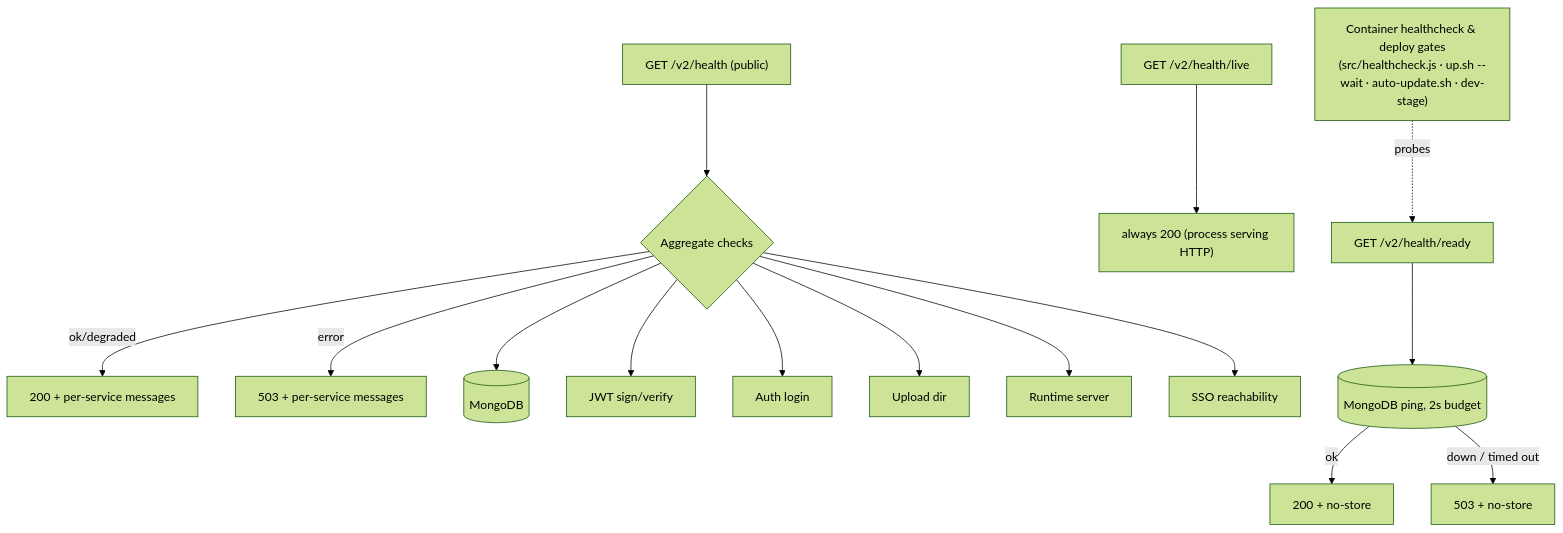
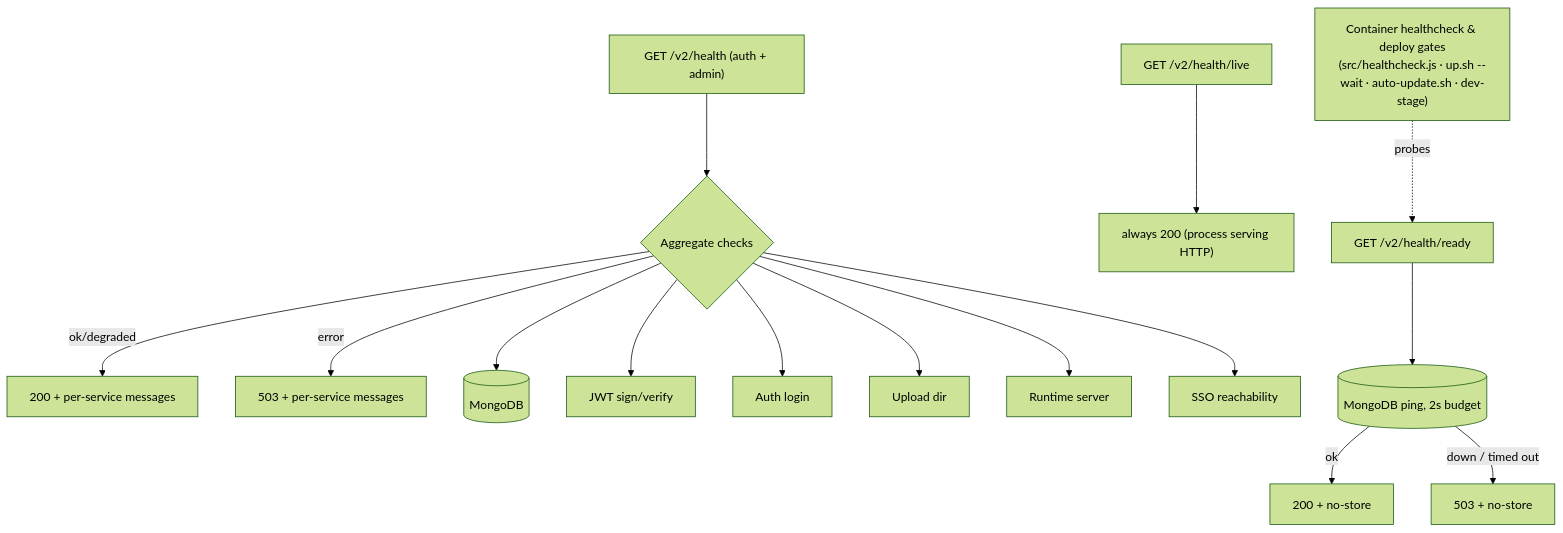
Before and after one commit to eclipse-autowrx/autowrx: the seventh of 13 diagrams in docs/capabilities/integrations-platform.md, drawn with Mermaid (forest theme). The commit also changed other lines of this file and 3 other files, not shown here.

First line of the commit message:
fix(health): require admin auth for full health report

````diff
--- a/docs/capabilities/integrations-platform.md
+++ b/docs/capabilities/integrations-platform.md
@@ -690,17 +690,17 @@
 ```mermaid
 flowchart TD
-    H["GET /v2/health (public)"] --> C{Aggregate checks}
+    H["GET /v2/health (auth + admin)"] --> C{Aggregate checks}
     C -->|ok/degraded| R200["200 + per-service messages"]
     C -->|error| R503["503 + per-service messages"]
     C --> M[(MongoDB)]
     C --> J[JWT sign/verify]
     C --> A[Auth login]
     C --> U[Upload dir]
     C --> S[Runtime server]
     C --> SSO[SSO reachability]
     L["GET /v2/health/live"] --> LIVE["always 200 (process serving HTTP)"]
     RD["GET /v2/health/ready"] --> MP[(MongoDB ping, 2s budget)]
     MP -->|ok| RDY200["200 + no-store"]
     MP -->|down / timed out| RDY503["503 + no-store"]
     HC["Container healthcheck & deploy gates<br/>(src/healthcheck.js · up.sh --wait · auto-update.sh · dev-stage)"] -.->|probes| RD
 ```
````
